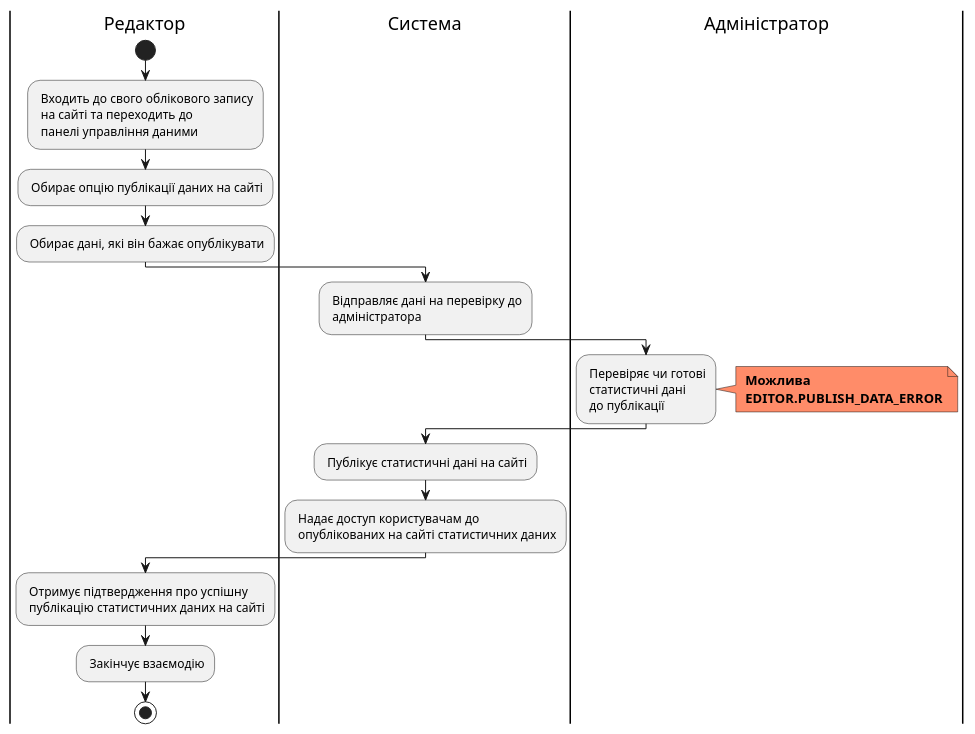
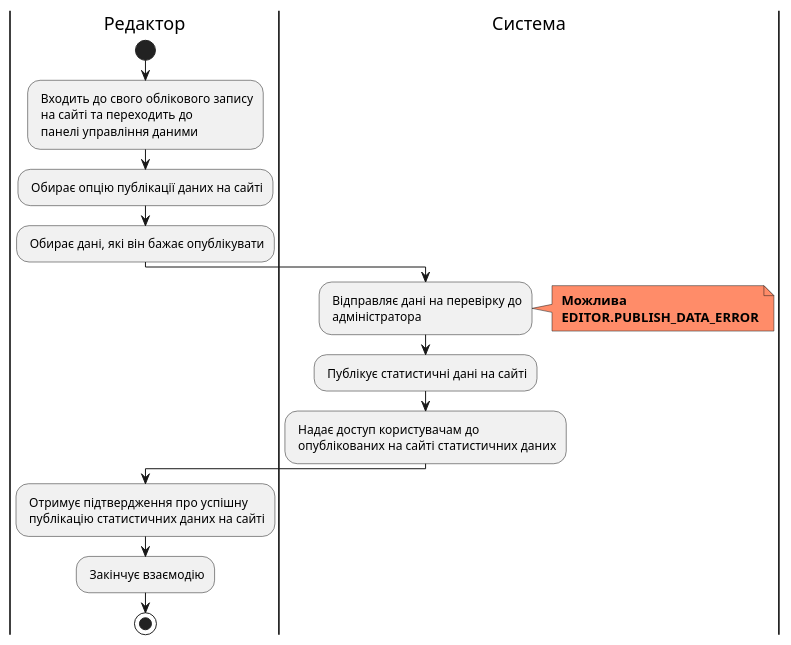
Diagram 15 of 19 in docs/use cases/README.md (edu-db/edu_db_labs), drawn with PlantUML before and after one commit. The commit also changed other lines of this file, not shown here.

```diff
--- a/docs/use cases/README.md
+++ b/docs/use cases/README.md
@@ -1111,29 +1107,26 @@
 @startuml
 
 |Редактор|
 start;
 : Входить до свого облікового запису\n на сайті та переходить до\n панелі управління даними;
 : Обирає опцію публікації даних на сайті;
 : Обирає дані, які він бажає опублікувати;
 
 |Система|
 : Відправляє дані на перевірку до\n адміністратора;
-
-|Адміністратор|
-: Перевіряє чи готові\n статистичні дані\n до публікації;
 
 note right #ff8c69
 <b> Можлива
 <b> EDITOR.PUBLISH_DATA_ERROR
 end note
 
 |Система|
 : Публікує статистичні дані на сайті;
 : Надає доступ користувачам до\n опублікованих на сайті статистичних даних;
 
 |Редактор|
 : Отримує підтвердження про успішну\n публікацію статистичних даних на сайті;
 : Закінчує взаємодію;
   stop;
 
 @enduml
```
